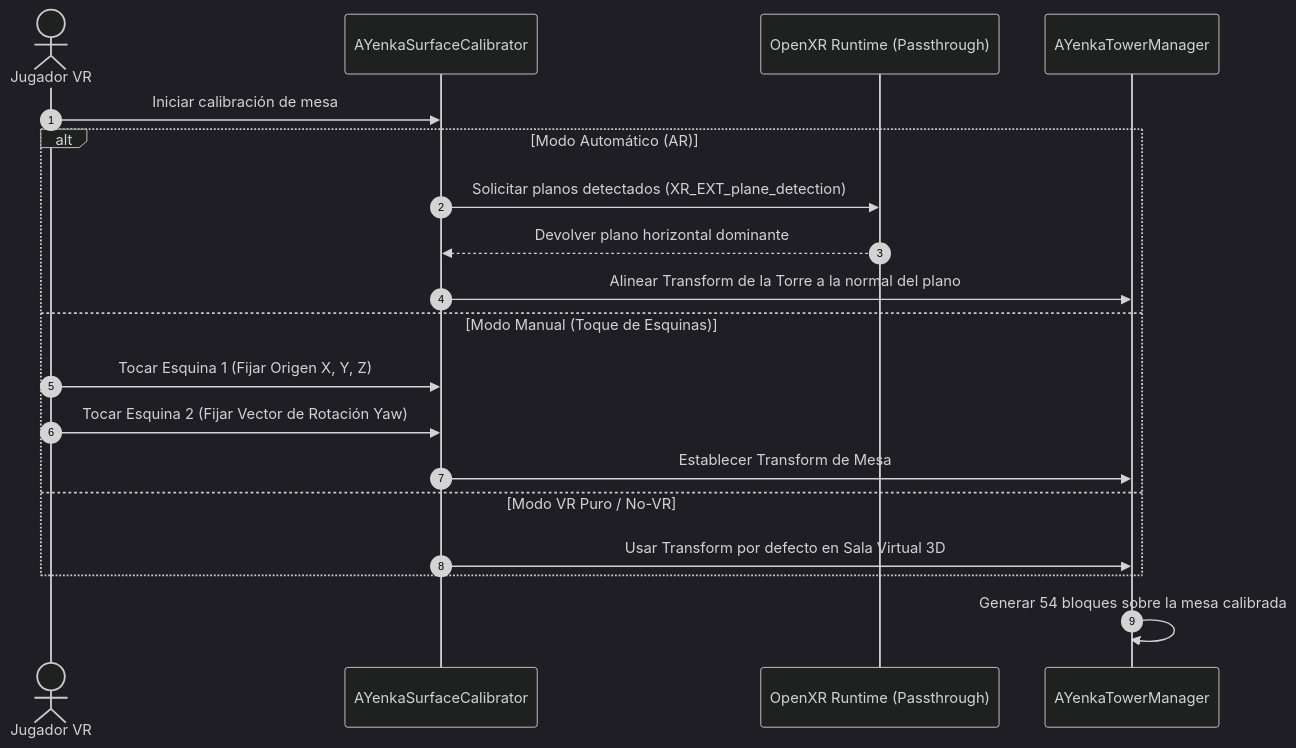
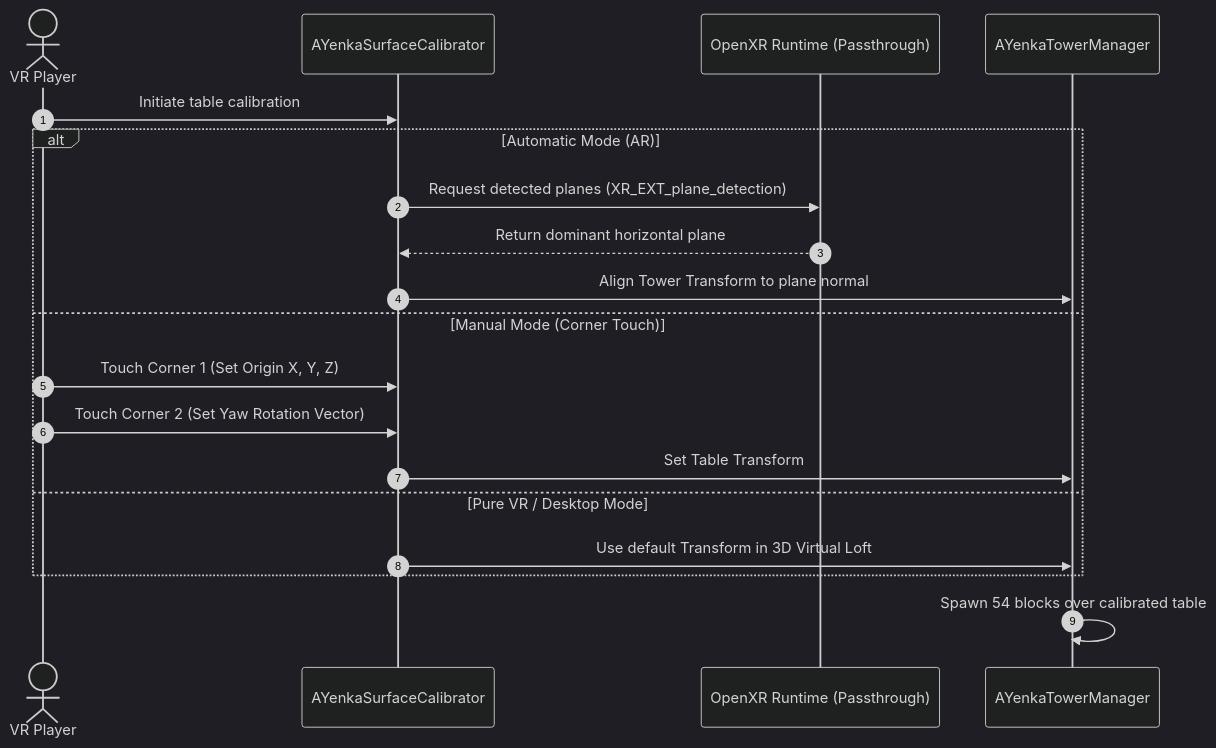
Before and after one commit to emrojo/yenka-vr: the third of 4 diagrams in docs/ARCHITECTURE.md, drawn with Mermaid (dark theme). The commit also changed other lines of this file and 3 other files, not shown here.

Commit message:
docs: translate all markdown documentation (README, ARCHITECTURE, REQUIREMENTS, DECISION_LOG) to English

````diff
--- a/docs/ARCHITECTURE.md
+++ b/docs/ARCHITECTURE.md
@@ -88,22 +89,22 @@
 ```mermaid
 sequenceDiagram
     autonumber
-    actor Player as Jugador VR
+    actor Player as VR Player
     participant Calib as AYenkaSurfaceCalibrator
     participant OpenXR as OpenXR Runtime (Passthrough)
     participant Tower as AYenkaTowerManager
 
-    Player->>Calib: Iniciar calibración de mesa
-    alt Modo Automático (AR)
-        Calib->>OpenXR: Solicitar planos detectados (XR_EXT_plane_detection)
-        OpenXR-->>Calib: Devolver plano horizontal dominante
-        Calib->>Tower: Alinear Transform de la Torre a la normal del plano
-    else Modo Manual (Toque de Esquinas)
-        Player->>Calib: Tocar Esquina 1 (Fijar Origen X, Y, Z)
-        Player->>Calib: Tocar Esquina 2 (Fijar Vector de Rotación Yaw)
-        Calib->>Tower: Establecer Transform de Mesa
-    else Modo VR Puro / No-VR
-        Calib->>Tower: Usar Transform por defecto en Sala Virtual 3D
+    Player->>Calib: Initiate table calibration
+    alt Automatic Mode (AR)
+        Calib->>OpenXR: Request detected planes (XR_EXT_plane_detection)
+        OpenXR-->>Calib: Return dominant horizontal plane
+        Calib->>Tower: Align Tower Transform to plane normal
+    else Manual Mode (Corner Touch)
+        Player->>Calib: Touch Corner 1 (Set Origin X, Y, Z)
+        Player->>Calib: Touch Corner 2 (Set Yaw Rotation Vector)
+        Calib->>Tower: Set Table Transform
+    else Pure VR / Desktop Mode
+        Calib->>Tower: Use default Transform in 3D Virtual Loft
     end
-    Tower->>Tower: Generar 54 bloques sobre la mesa calibrada
+    Tower->>Tower: Spawn 54 blocks over calibrated table
 ```
````
